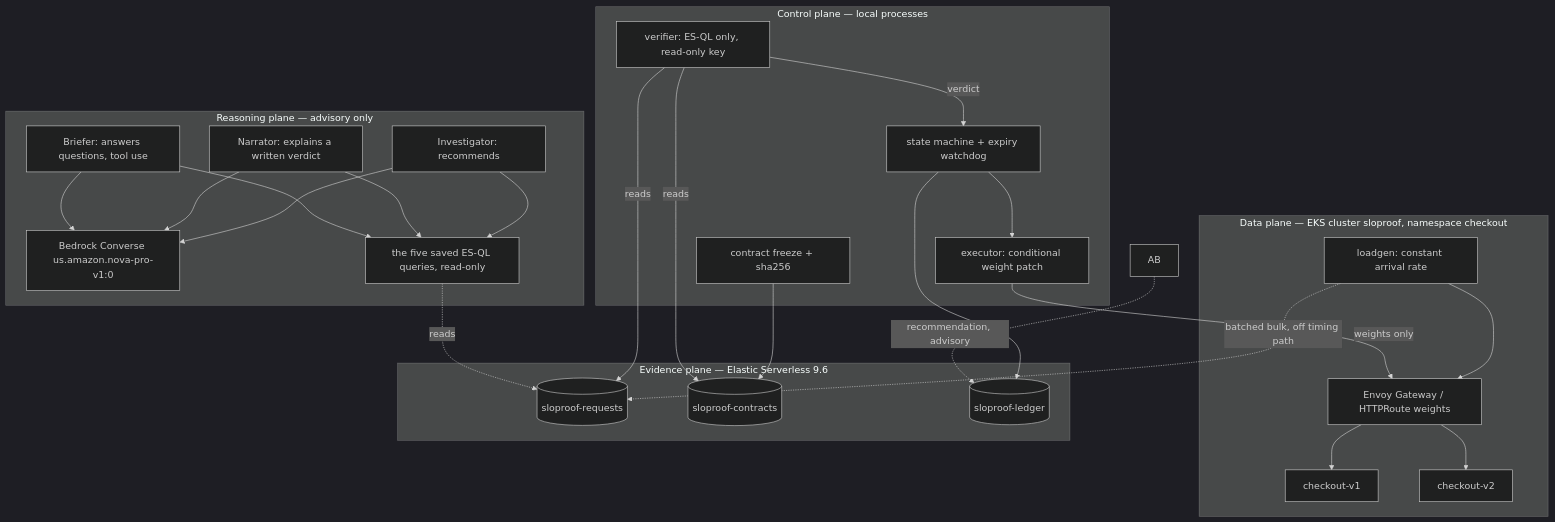
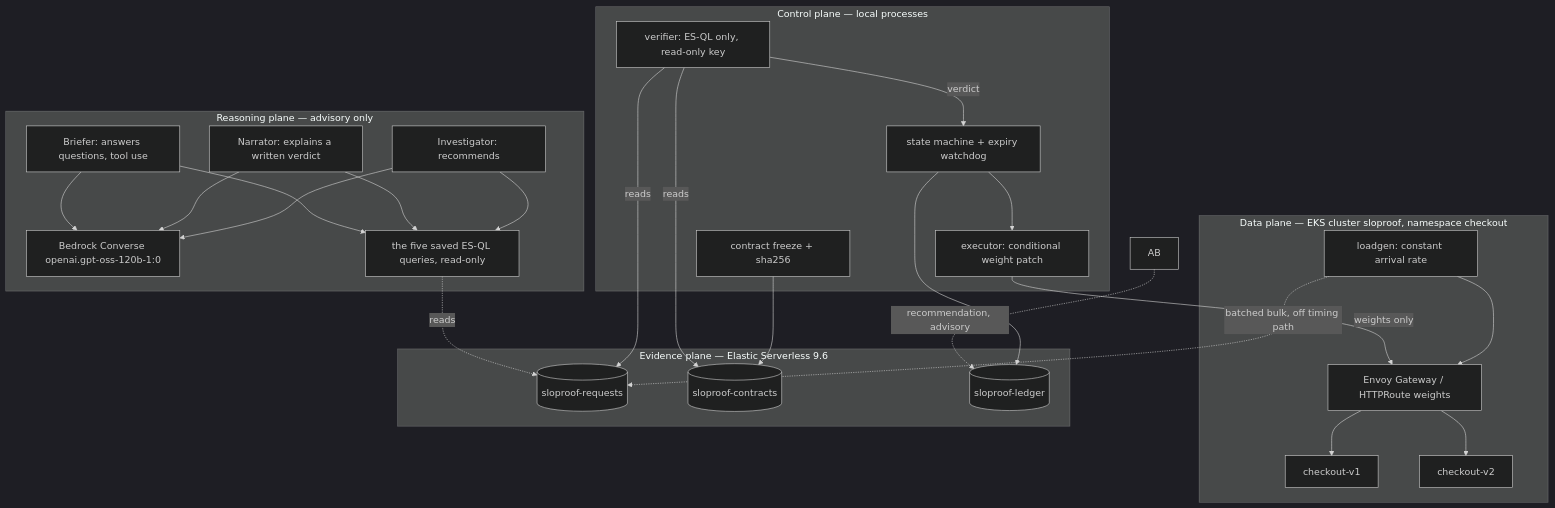
One commit to Tanav-Kolar/SLO-Proof changed the diagram in docs/SERVICE_ARCHITECTURE.md. Above: the diagram before and after it, drawn with Mermaid (dark theme). The commit also changed other lines of this file and 3 other files, not shown here.

First line of the commit message:
Default the agents to gpt-oss-120b instead of Nova Pro

````diff
--- a/docs/SERVICE_ARCHITECTURE.md
+++ b/docs/SERVICE_ARCHITECTURE.md
@@ -44,37 +44,37 @@
 ```mermaid
 flowchart TB
     subgraph DP["Data plane — EKS cluster sloproof, namespace checkout"]
         LG[loadgen: constant arrival rate] --> GW[Envoy Gateway / HTTPRoute weights]
         GW --> V1[checkout-v1]
         GW --> V2[checkout-v2]
     end
     subgraph EP["Evidence plane — Elastic Serverless 9.6"]
         REQ[(sloproof-requests)]
         CON[(sloproof-contracts)]
         LED[(sloproof-ledger)]
     end
     subgraph CP["Control plane — local processes"]
         CT[contract freeze + sha256]
         EX[executor: conditional weight patch]
         VF[verifier: ES-QL only, read-only key]
         SM[state machine + expiry watchdog]
     end
     subgraph RP["Reasoning plane — advisory only"]
-        INV[Investigator: recommends] --> BR[Bedrock Converse us.amazon.nova-pro-v1:0]
+        INV[Investigator: recommends] --> BR[Bedrock Converse openai.gpt-oss-120b-1:0]
         NAR[Narrator: explains a written verdict] --> BR
         BRF[Briefer: answers questions, tool use] --> BR
         INV --> TOOLS[the five saved ES-QL queries, read-only]
         NAR --> TOOLS
         BRF --> TOOLS
     end
     LG -.->|batched bulk, off timing path| REQ
     CT --> CON
     VF -->|reads| REQ
     VF -->|reads| CON
     VF -->|verdict| SM
     SM --> EX
     EX -->|weights only| GW
     SM --> LED
     TOOLS -.->|reads| REQ
     AB -.->|recommendation, advisory| LED
 ```
````
